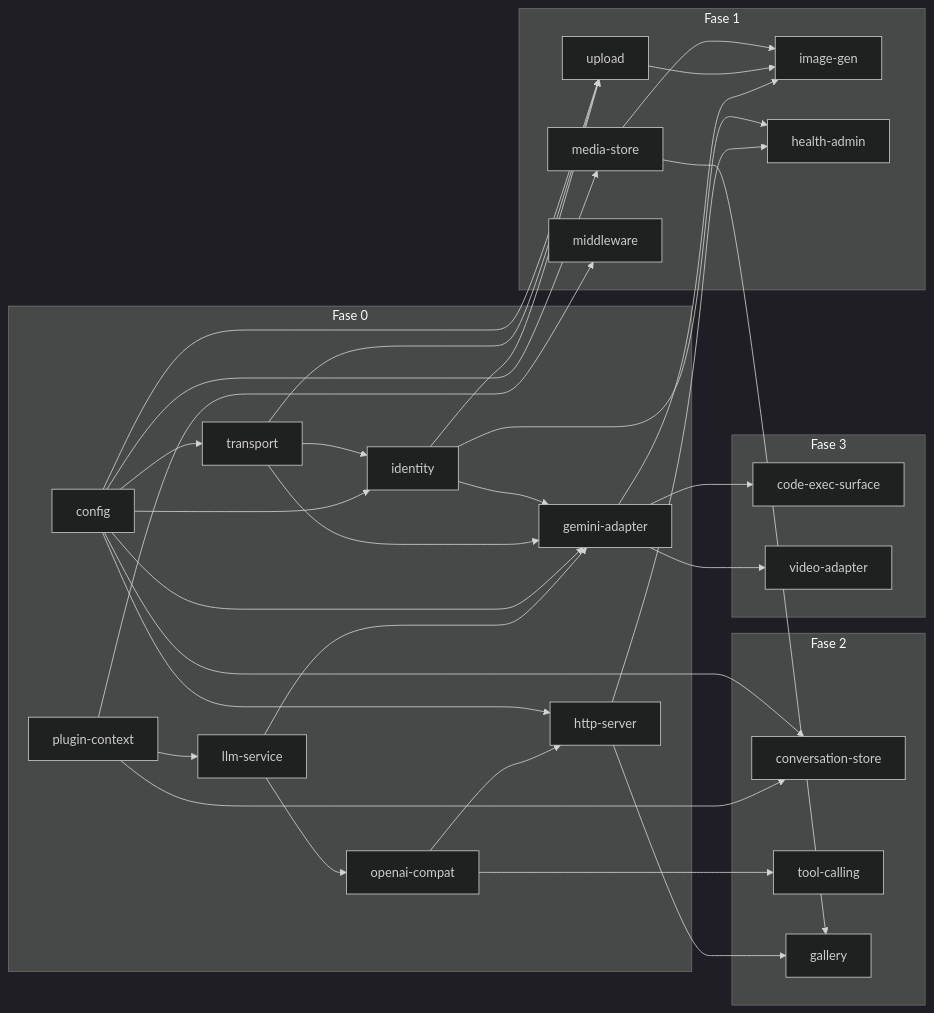
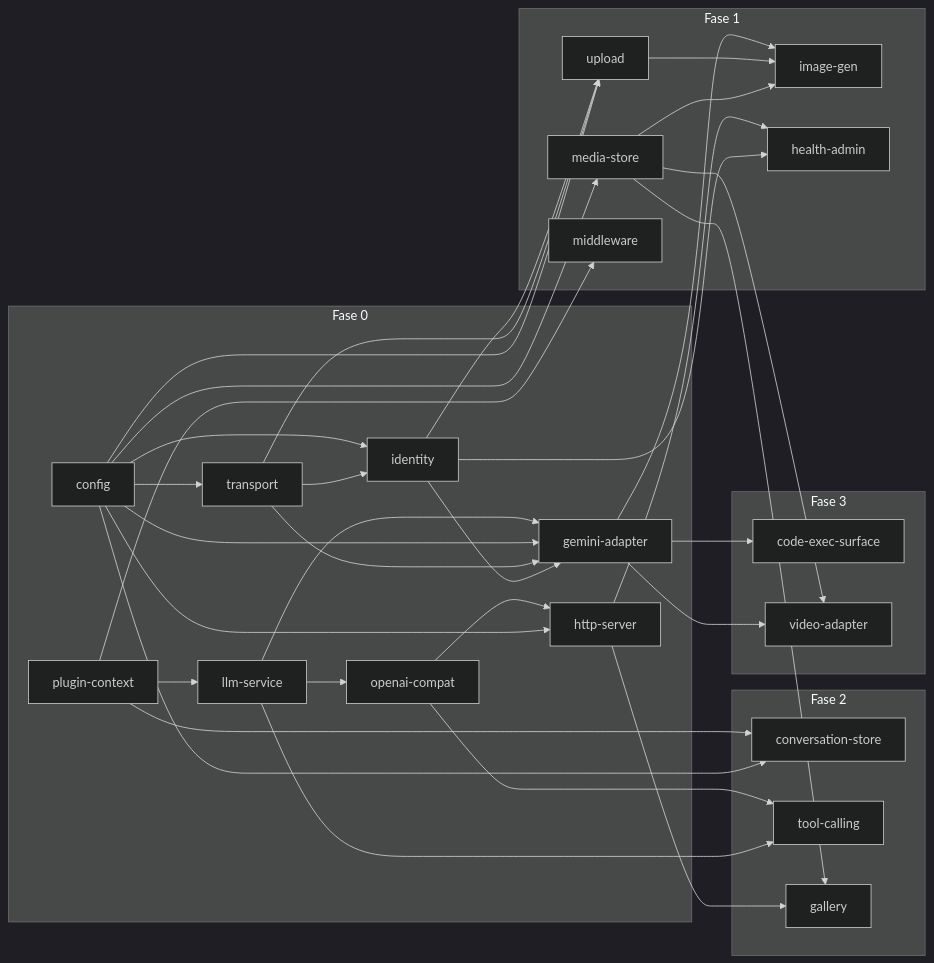
The diagram in SPEC.md (IlmanNafi11/gemini-bridge), drawn with Mermaid (dark theme) before and after one commit. The commit also changed other lines of this file and 3 other files, not shown here.

````diff
--- a/SPEC.md
+++ b/SPEC.md
@@ -56,58 +56,60 @@
 ```mermaid
 flowchart LR
   subgraph Fase0["Fase 0"]
     plugin_context["plugin-context"]
     config
     transport
     identity
     gemini_adapter["gemini-adapter"]
     llm_service["llm-service"]
     openai_compat["openai-compat"]
     http_server["http-server"]
   end
   subgraph Fase1["Fase 1"]
     media_store["media-store"]
     upload
     image_gen["image-gen"]
     health_admin["health-admin"]
     middleware
   end
   subgraph Fase2["Fase 2"]
     conversation_store["conversation-store"]
     tool_calling["tool-calling"]
     gallery
   end
   subgraph Fase3["Fase 3"]
     code_exec_surface["code-exec-surface"]
     video_adapter["video-adapter"]
   end
 
   plugin_context --> llm_service
   llm_service --> gemini_adapter
   config --> transport
   config --> identity
   transport --> identity
   config --> gemini_adapter
   transport --> gemini_adapter
   identity --> gemini_adapter
   llm_service --> openai_compat
   openai_compat --> http_server
   config --> http_server
   config --> media_store
   identity --> upload
   transport --> upload
   config --> upload
   gemini_adapter --> image_gen
   upload --> image_gen
   media_store --> image_gen
   http_server --> health_admin
   identity --> health_admin
   plugin_context --> middleware
   plugin_context --> conversation_store
   config --> conversation_store
   openai_compat --> tool_calling
+  llm_service --> tool_calling
   media_store --> gallery
   http_server --> gallery
   gemini_adapter --> code_exec_surface
   gemini_adapter --> video_adapter
+  media_store --> video_adapter
 ```
````
